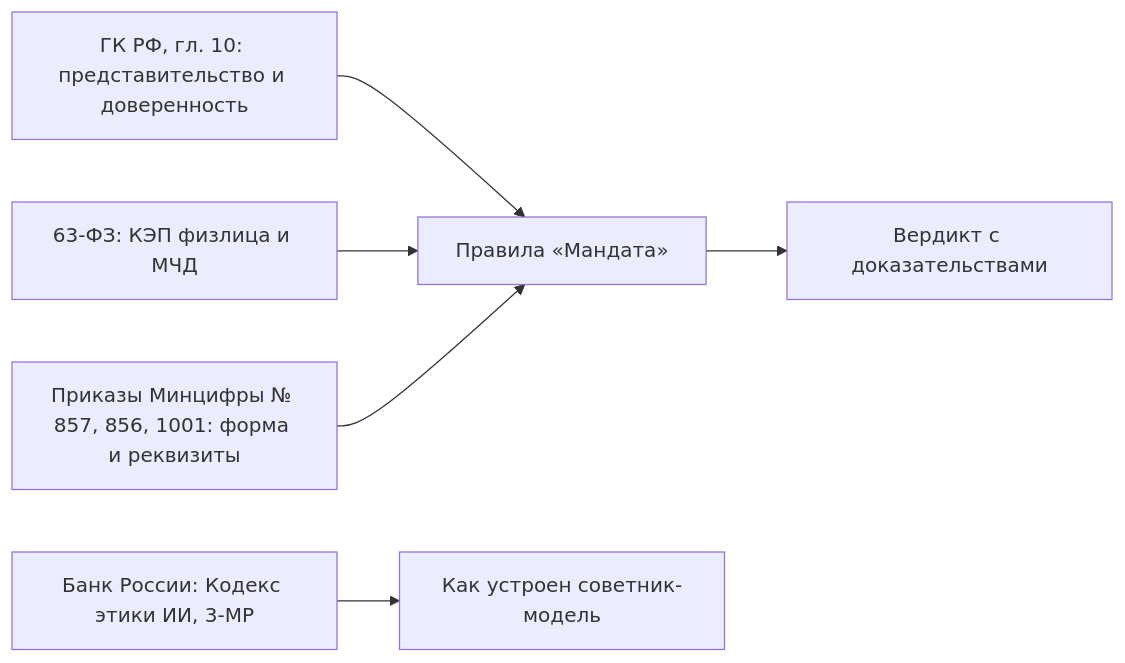
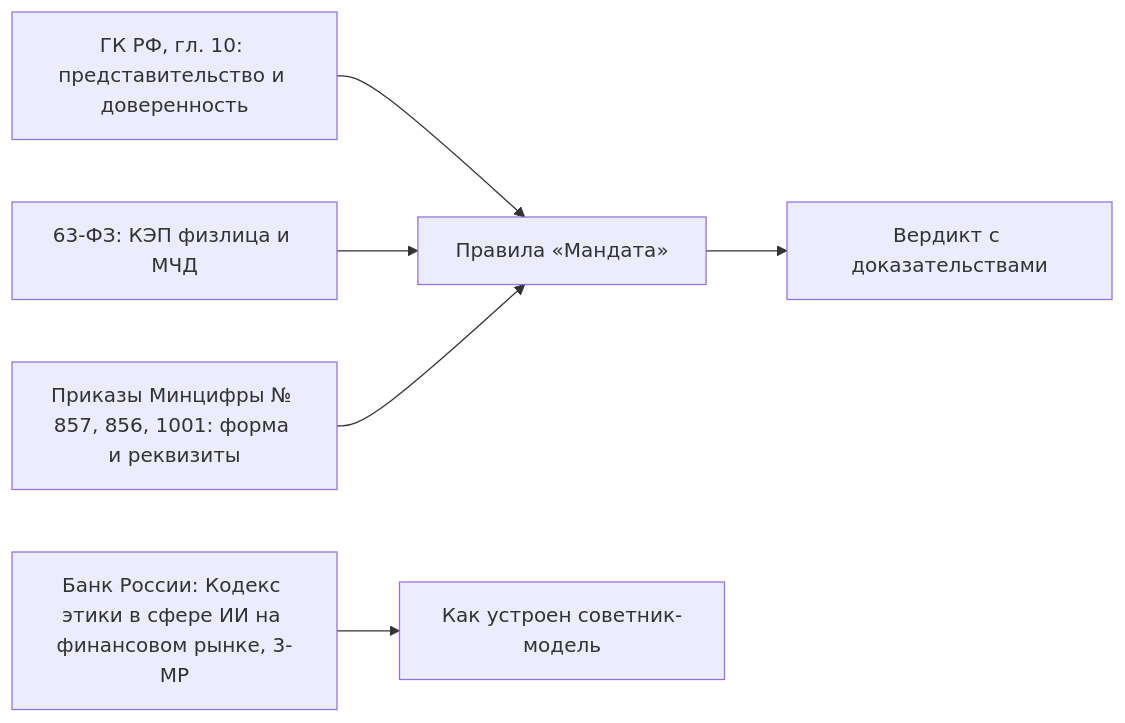
One commit to KonkovDV/Mandat changed the diagram in docs/REGULATORY.md. Above: the diagram before and after it, drawn with Mermaid. The commit also changed other lines of this file and 28 other files, not shown here.

````diff
--- a/docs/REGULATORY.md
+++ b/docs/REGULATORY.md
@@ -17,8 +17,8 @@
 ```mermaid
 flowchart LR
     GK["ГК РФ, гл. 10: представительство и доверенность"] --> P["Правила «Мандата»"]
     ES["63-ФЗ: КЭП физлица и МЧД"] --> P
     MC["Приказы Минцифры № 857, 856, 1001: форма и реквизиты"] --> P
-    BR["Банк России: Кодекс этики ИИ, 3-МР"] --> AI["Как устроен советник-модель"]
+    BR["Банк России: Кодекс этики в сфере ИИ на финансовом рынке, 3-МР"] --> AI["Как устроен советник-модель"]
     P --> V["Вердикт с доказательствами"]
 ```
````
